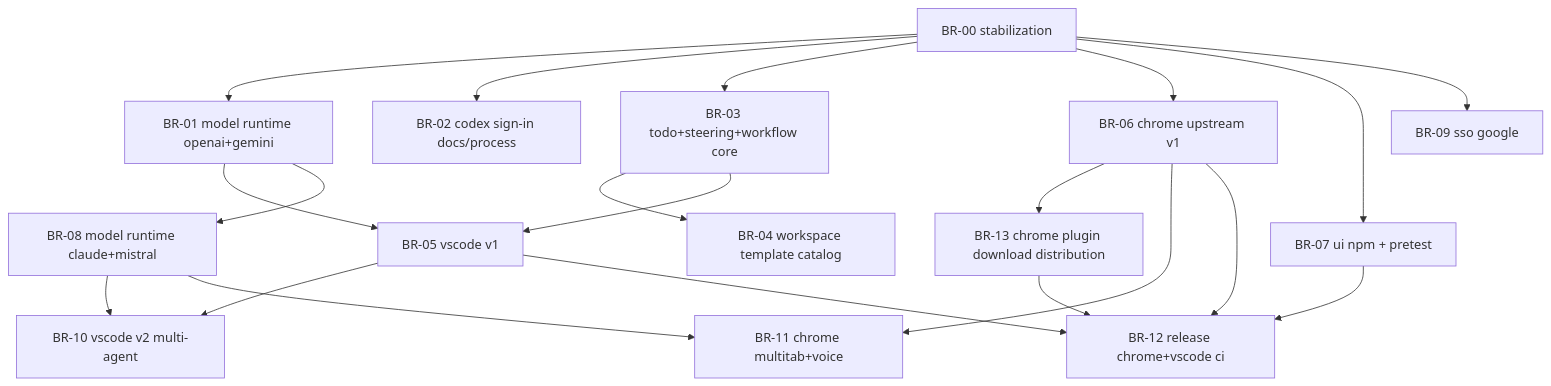
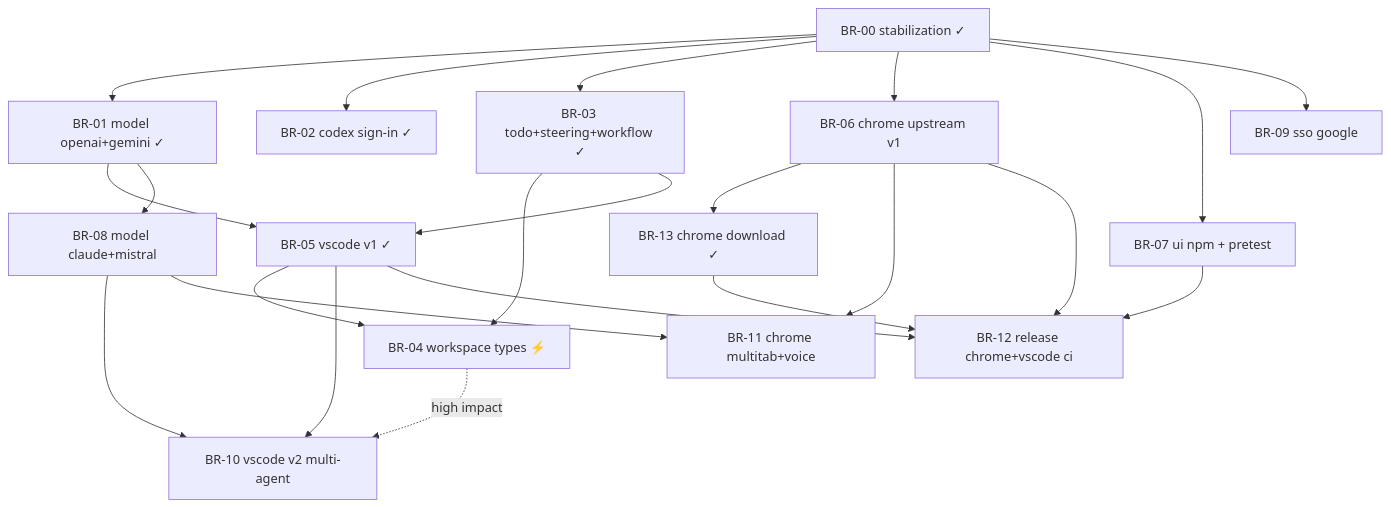
Before and after one commit to rhanka/sentropic: the diagram in PLAN.md, drawn with Mermaid. The commit also changed other lines of this file and 5 other files, not shown here.

````diff
--- a/PLAN.md
+++ b/PLAN.md
@@ -103,38 +54,40 @@
 ```mermaid
 graph TD
-  BR00[BR-00 stabilization]
-  BR01[BR-01 model runtime openai+gemini]
-  BR02[BR-02 codex sign-in docs/process]
-  BR03[BR-03 todo+steering+workflow core]
-  BR04[BR-04 workspace template catalog]
-  BR05[BR-05 vscode v1]
+  BR00[BR-00 stabilization ✓]
+  BR01[BR-01 model openai+gemini ✓]
+  BR02[BR-02 codex sign-in ✓]
+  BR03[BR-03 todo+steering+workflow ✓]
+  BR04[BR-04 workspace types ⚡]
+  BR05[BR-05 vscode v1 ✓]
   BR06[BR-06 chrome upstream v1]
   BR07[BR-07 ui npm + pretest]
-  BR08[BR-08 model runtime claude+mistral]
+  BR08[BR-08 model claude+mistral]
   BR09[BR-09 sso google]
   BR10[BR-10 vscode v2 multi-agent]
   BR11[BR-11 chrome multitab+voice]
   BR12[BR-12 release chrome+vscode ci]
-  BR13[BR-13 chrome plugin download distribution]
+  BR13[BR-13 chrome download ✓]
 
   BR00 --> BR01
   BR00 --> BR02
   BR00 --> BR03
   BR03 --> BR04
+  BR05 --> BR04
   BR01 --> BR05
   BR03 --> BR05
   BR00 --> BR06
   BR00 --> BR07
   BR06 --> BR13
 
   BR01 --> BR08
   BR00 --> BR09
   BR05 --> BR10
   BR08 --> BR10
+  BR04 -.->|high impact| BR10
   BR06 --> BR11
   BR08 --> BR11
   BR05 --> BR12
   BR06 --> BR12
   BR07 --> BR12
   BR13 --> BR12
 ```
````
